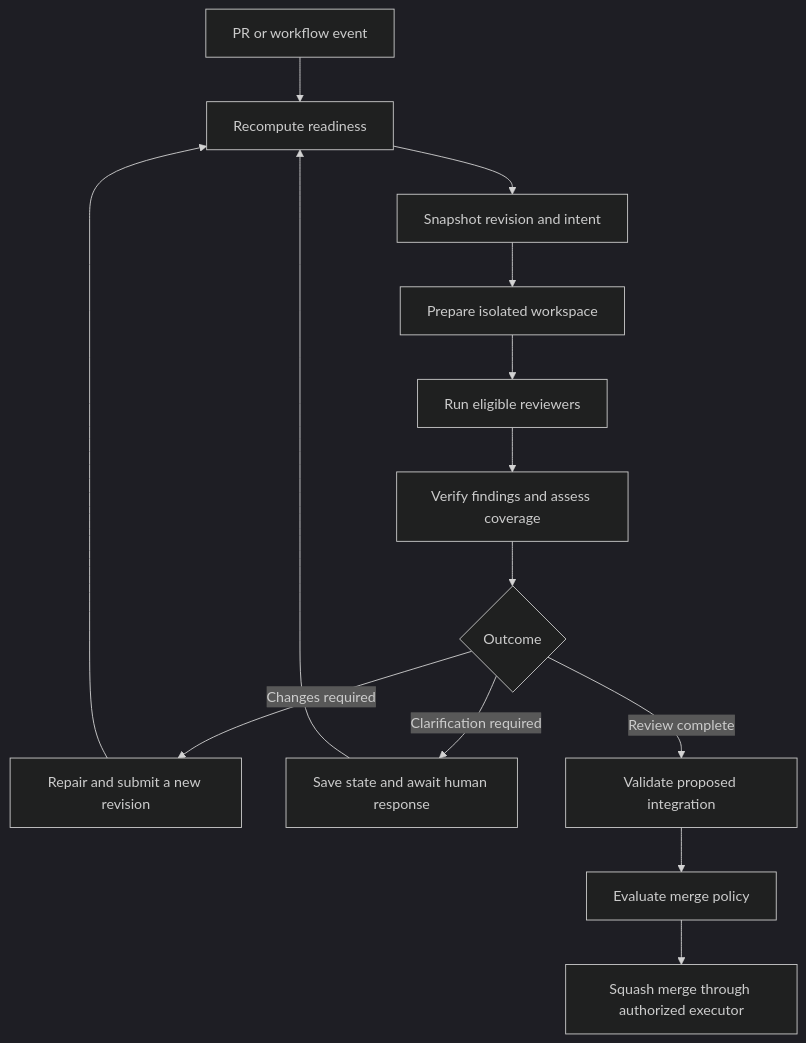
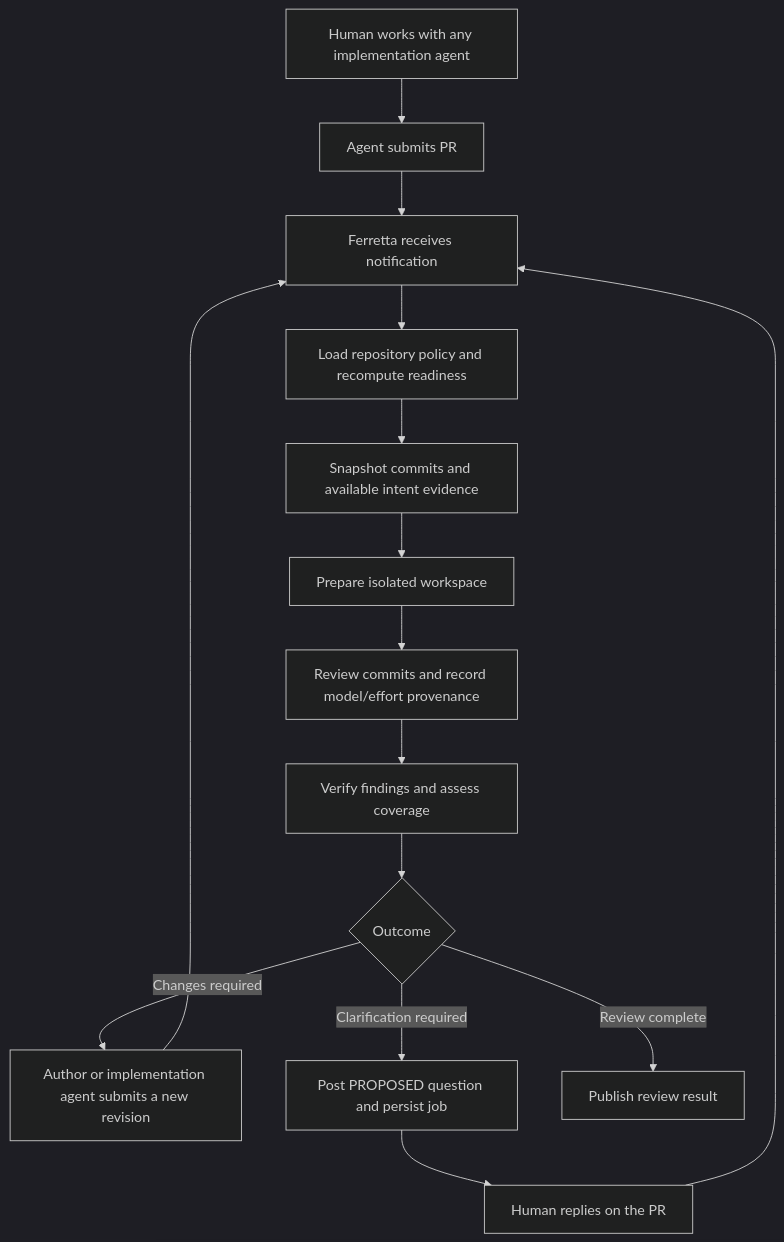
Before and after one commit to ericdmoore/ferretta: the diagram in README.md, drawn with Mermaid (dark theme). The commit also changed other lines of this file and 18 other files, not shown here.

````diff
--- a/README.md
+++ b/README.md
@@ -118,16 +211,17 @@
 ```mermaid
 flowchart TD
-    E[PR or workflow event] --> P[Recompute readiness]
-    P --> S[Snapshot revision and intent]
+    U[Human works with any implementation agent] --> A[Agent submits PR]
+    A --> E[Ferretta receives notification]
+    E --> P[Load repository policy and recompute readiness]
+    P --> S[Snapshot commits and available intent evidence]
     S --> W[Prepare isolated workspace]
-    W --> R[Run eligible reviewers]
+    W --> R[Review commits and record model/effort provenance]
     R --> V[Verify findings and assess coverage]
     V --> D{Outcome}
-    D -->|Changes required| C[Repair and submit a new revision]
-    C --> P
-    D -->|Clarification required| H[Save state and await human response]
-    H --> P
-    D -->|Review complete| T[Validate proposed integration]
-    T --> G[Evaluate merge policy]
-    G --> M[Squash merge through authorized executor]
+    D -->|Changes required| C[Author or implementation agent submits a new revision]
+    C --> E
+    D -->|Clarification required| Q[Post PROPOSED question and persist job]
+    Q --> H[Human replies on the PR]
+    H --> E
+    D -->|Review complete| T[Publish review result]
 ```
````
